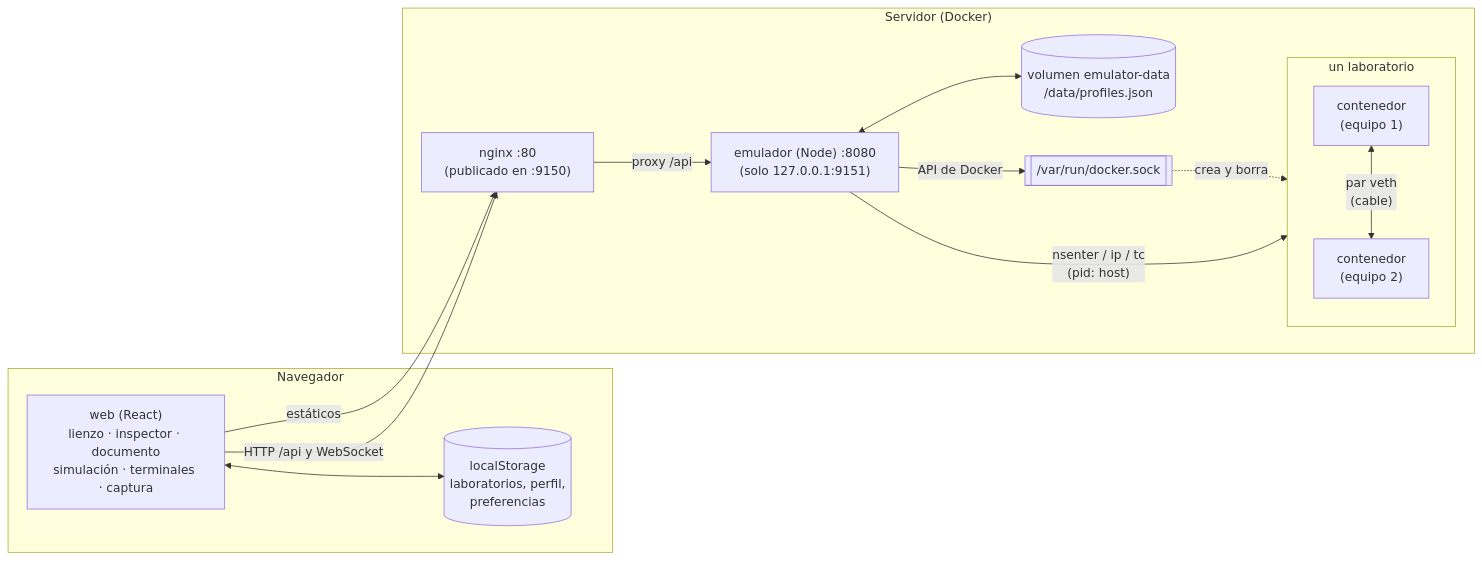
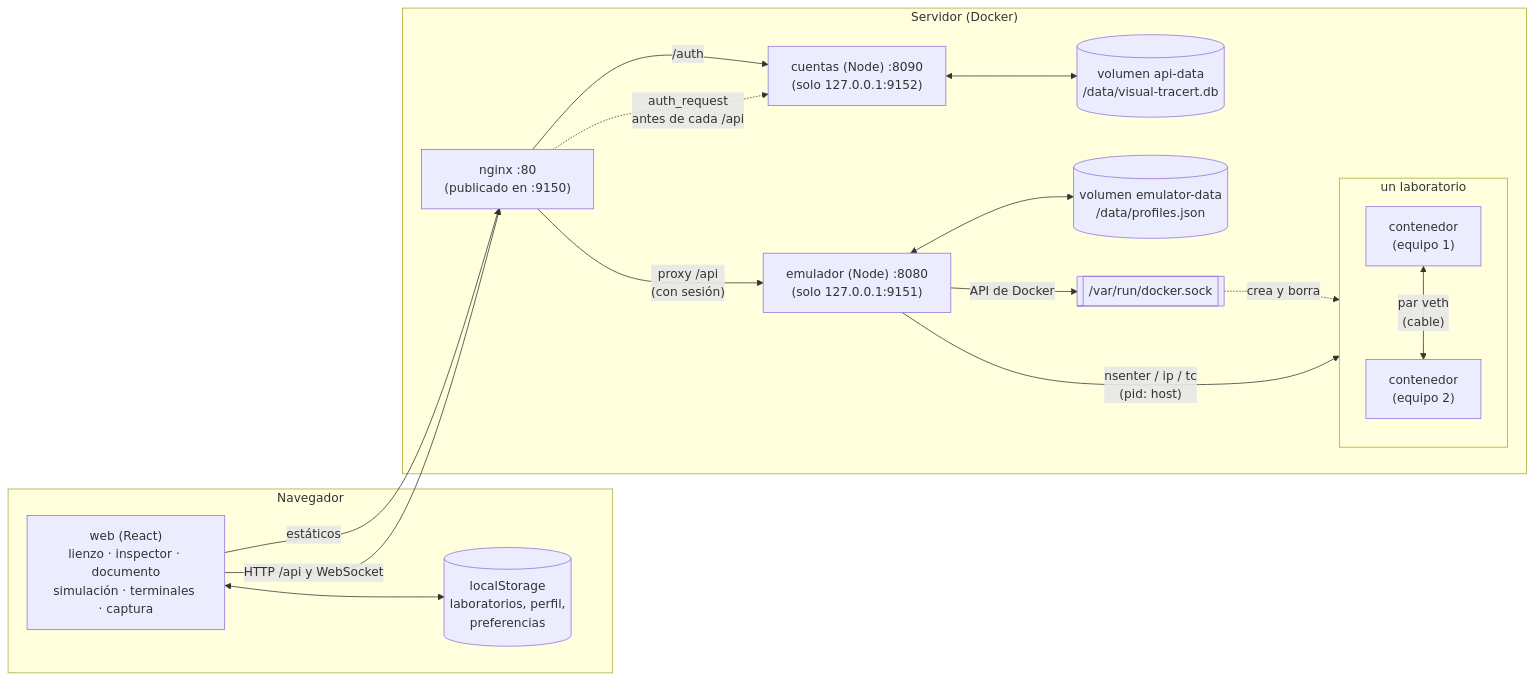
The first of 3 diagrams in docs/arquitectura.md (eirikrrrr/visualtracert-canvas), drawn with Mermaid before and after one commit. The commit also changed other lines of this file and 32 other files, not shown here.

````diff
--- a/docs/arquitectura.md
+++ b/docs/arquitectura.md
@@ -13,28 +14,33 @@
 ```mermaid
 flowchart LR
   subgraph Navegador
     UI["web (React)<br/>lienzo · inspector · documento<br/>simulación · terminales · captura"]
     LS[("localStorage<br/>laboratorios, perfil,<br/>preferencias")]
     UI <--> LS
   end
 
   subgraph Servidor["Servidor (Docker)"]
     NGINX["nginx :80<br/>(publicado en :9150)"]
+    API["cuentas (Node) :8090<br/>(solo 127.0.0.1:9152)"]
+    DB[("volumen api-data<br/>/data/visual-tracert.db")]
     EMU["emulador (Node) :8080<br/>(solo 127.0.0.1:9151)"]
     DATA[("volumen emulator-data<br/>/data/profiles.json")]
     SOCK[["/var/run/docker.sock"]]
     subgraph Lab["un laboratorio"]
       C1["contenedor<br/>(equipo 1)"]
       C2["contenedor<br/>(equipo 2)"]
       C1 <-- "par veth<br/>(cable)" --> C2
     end
   end
 
   UI -- "estáticos" --> NGINX
   UI -- "HTTP /api y WebSocket" --> NGINX
-  NGINX -- "proxy /api" --> EMU
+  NGINX -- "/auth" --> API
+  NGINX -. "auth_request<br/>antes de cada /api" .-> API
+  API <--> DB
+  NGINX -- "proxy /api<br/>(con sesión)" --> EMU
   EMU <--> DATA
   EMU -- "API de Docker" --> SOCK
   SOCK -. "crea y borra" .-> Lab
   EMU -- "nsenter / ip / tc<br/>(pid: host)" --> Lab
 ```
````
